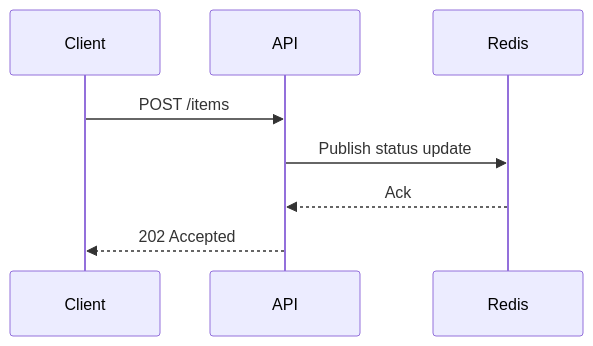
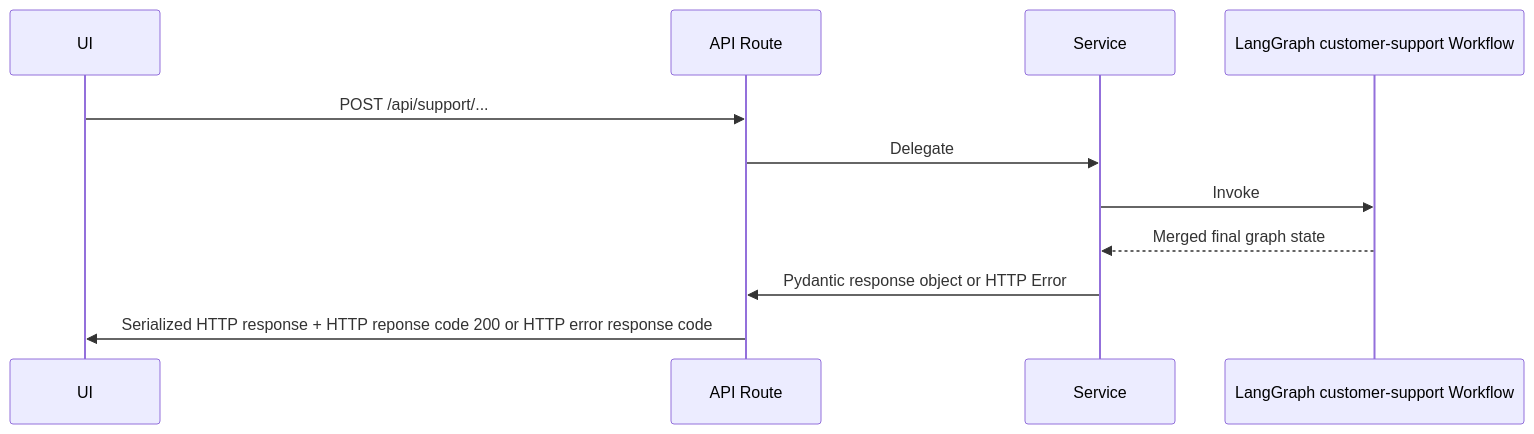
One commit to threecuptea/customer-support-agents changed the first of 3 diagrams in README.md. Above: the diagram before and after it, drawn with Mermaid. The commit also changed other lines of this file, not shown here.

Commit message:
Refine sequence mermaid diagram

````diff
--- a/README.md
+++ b/README.md
@@ -7,11 +7,16 @@
 ```mermaid
 sequenceDiagram
-    participant Client
-    participant API
-    participant Redis
+    participant UI
+    participant API Route
+    participant Service
+	participant LangGraph customer-support Workflow
 
-    Client->>API: POST /items
-    API->>Redis: Publish status update
-    Redis-->>API: Ack
-    API-->>Client: 202 Accepted
+
+    UI->>API Route: POST /api/support/... 
+    API Route->>Service : Delegate
+    Service->>LangGraph customer-support Workflow : Invoke 
+    LangGraph customer-support Workflow-->>Service: Merged final graph state 
+    Service->>API Route: Pydantic response object or HTTP Error
+	API Route->>UI: Serialized HTTP response + HTTP reponse code 200 or HTTP error response code 
+
 ```
````
